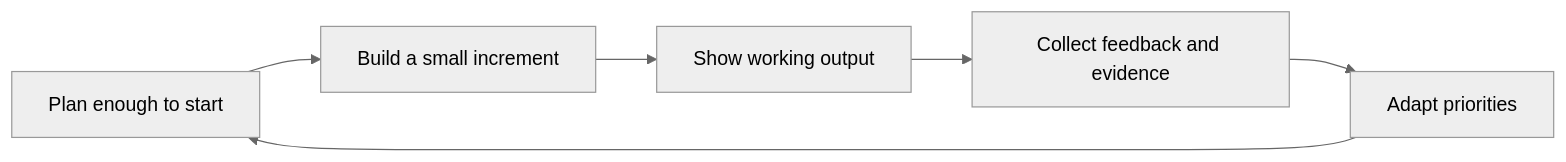
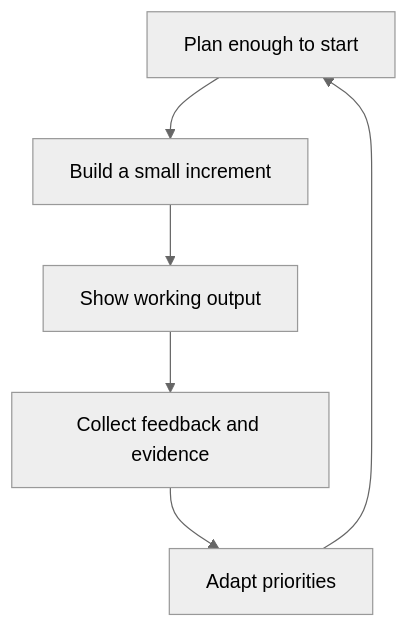
Before and after one commit to sulugambari/aipm-intro-to-pm: the first of 2 diagrams in 01-agile-methodologies.md, drawn with Mermaid (neutral theme).

Commit message:
changed flowchart from LS to TD

````diff
--- a/01-agile-methodologies.md
+++ b/01-agile-methodologies.md
@@ -35,8 +35,8 @@
 ```mermaid
-flowchart LR
+flowchart TD
     A["Plan enough to start"] --> B["Build a small increment"]
     B --> C["Show working output"]
     C --> D["Collect feedback and evidence"]
     D --> E["Adapt priorities"]
     E --> A
 ```
````
